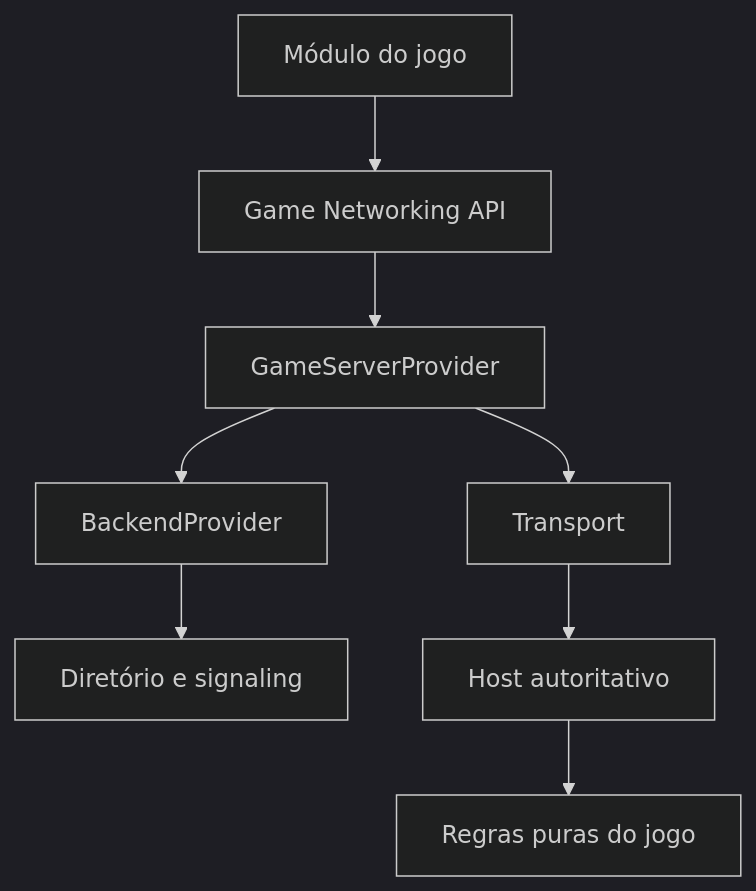
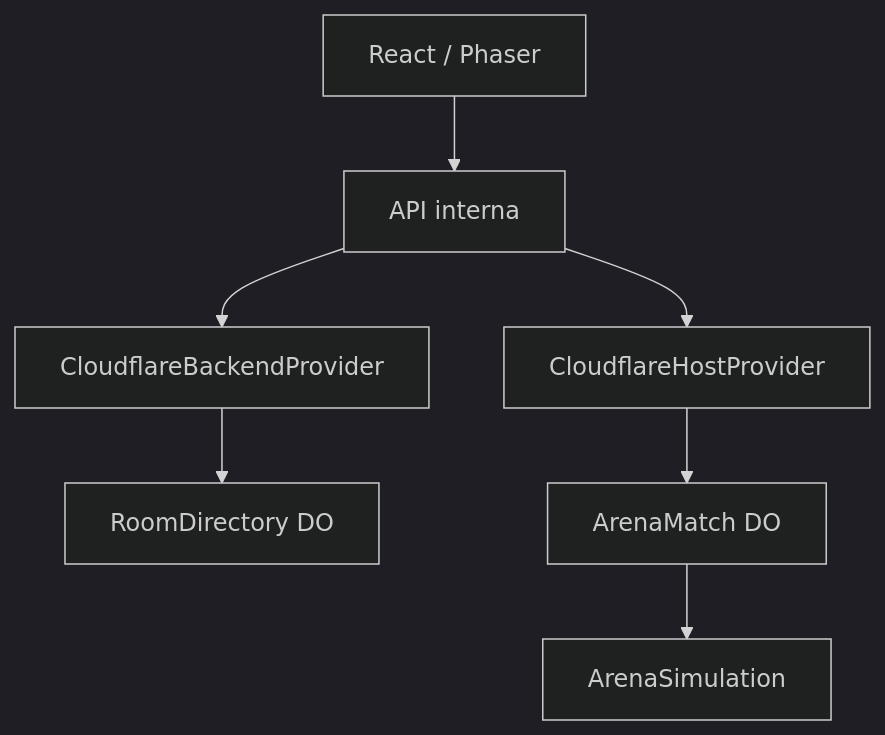
The diagram in ARCHITECTURE.md (danipaises/countryballs-the-game), drawn with Mermaid (dark theme) before and after one commit. The commit also changed other lines of this file and 43 other files, not shown here.

First line of the commit message:
feat: add Cloudflare Arena MVP with Worker, Durable Objects and PWA

````diff
--- a/ARCHITECTURE.md
+++ b/ARCHITECTURE.md
@@ -21,10 +7,9 @@
 ```mermaid
 flowchart TD
-  Game["Módulo do jogo"] --> API["Game Networking API"]
-  API --> Hosting["GameServerProvider"]
-  Hosting --> Backend["BackendProvider"]
-  Hosting --> Transport["Transport"]
-  Backend --> Coordinator["Diretório e signaling"]
-  Transport --> Host["Host autoritativo"]
-  Host --> Runtime["Regras puras do jogo"]
+  UI["React / Phaser"] --> API["API interna"]
+  API --> BP["CloudflareBackendProvider"]
+  API --> GP["CloudflareHostProvider"]
+  BP --> DIR["RoomDirectory DO"]
+  GP --> MATCH["ArenaMatch DO"]
+  MATCH --> LOGIC["ArenaSimulation"]
 ```
````
